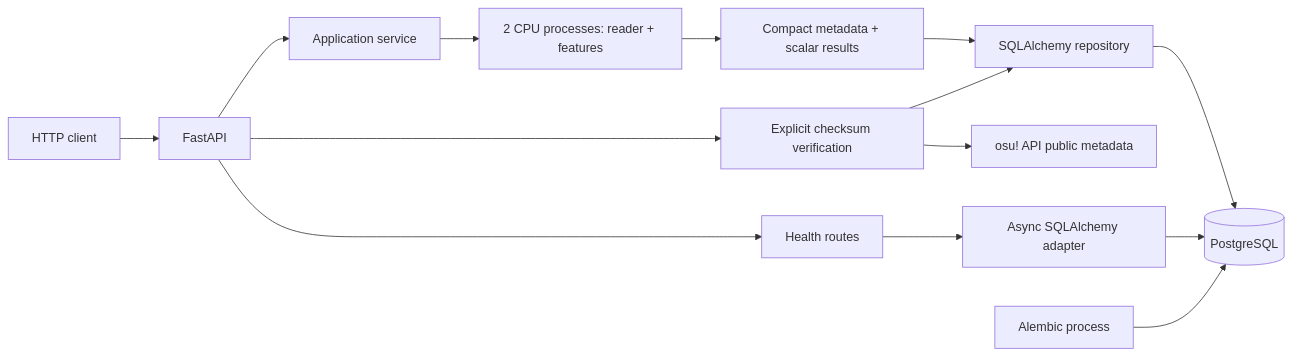
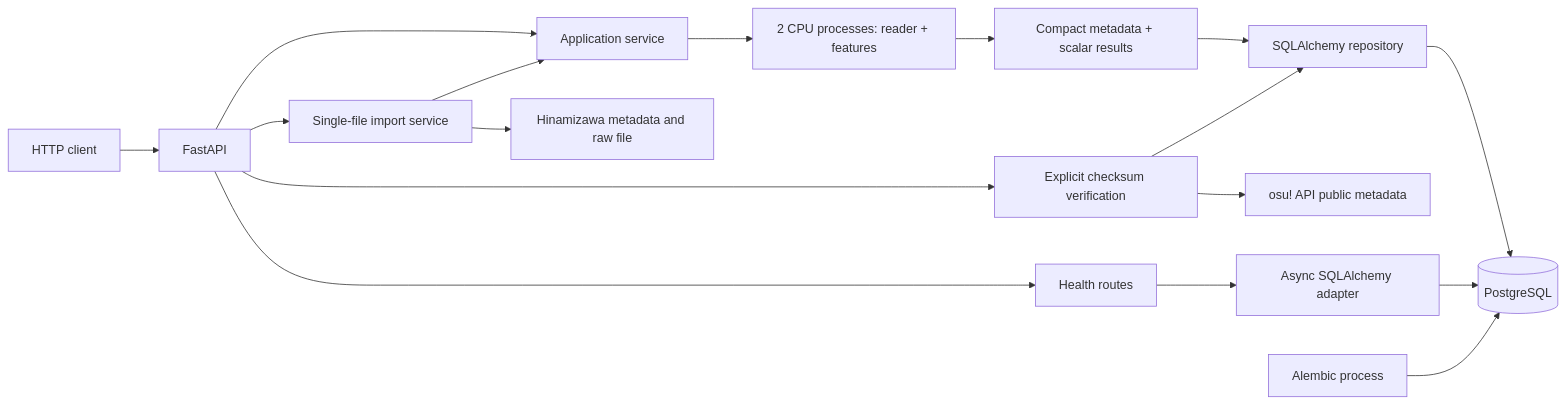
The diagram in docs/architecture/overview.md (ReeStick/osu-Skill-Lab), drawn with Mermaid before and after one commit. The commit also changed other lines of this file and 35 other files, not shown here.

Commit message:
feat: import Hinamizawa beatmaps with versioned provenance

````diff
--- a/docs/architecture/overview.md
+++ b/docs/architecture/overview.md
@@ -21,16 +21,19 @@
 ```mermaid
 flowchart LR
     Client[HTTP client] --> API[FastAPI]
     API --> Service[Application service]
     Service --> CPU[2 CPU processes: reader + features]
     CPU --> Compact[Compact metadata + scalar results]
     Compact --> Repository[SQLAlchemy repository]
     Repository --> PG[(PostgreSQL)]
     API --> Health[Health routes]
     API --> Verify[Explicit checksum verification]
+    API --> Import[Single-file import service]
+    Import --> Mirror[Hinamizawa metadata and raw file]
+    Import --> Service
     Verify --> Osu[osu! API public metadata]
     Verify --> Repository
     Health --> DBAdapter[Async SQLAlchemy adapter]
     DBAdapter --> PG
     Migration[Alembic process] --> PG
 ```
````
